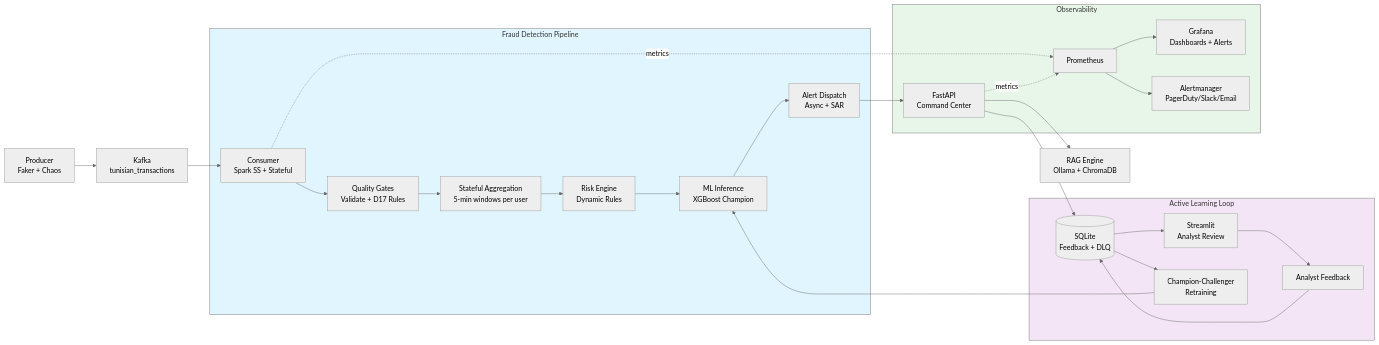
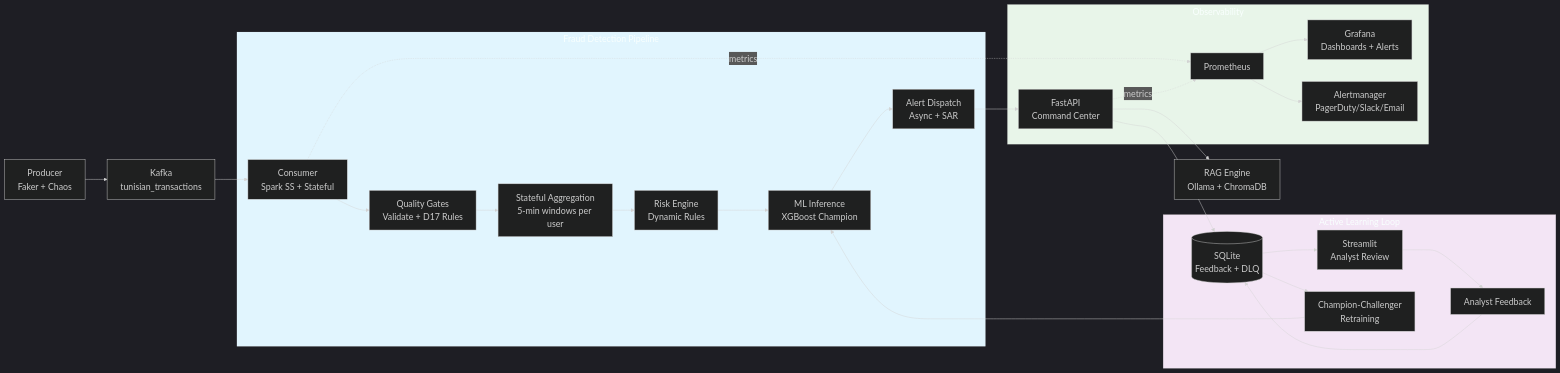
The first of 4 diagrams in README.md (ReguiguiMohamed/hybrid-real-time-fraud-detection-tunisia), drawn with Mermaid before and after one commit. The commit also changed other lines of this file, not shown here.

Commit message:
Change diagram

````diff
--- a/README.md
+++ b/README.md
@@ -11,37 +11,37 @@
 ```mermaid
-%%{init: {'theme': 'neutral', 'themeVariables': { 'fontSize': '16px'}}}%%
+%%{init: {'theme': 'dark', 'themeVariables': { 'fontSize': '20px'}}}%%
 flowchart LR
     Prod[Producer\nFaker + Chaos] --> Kafka[Kafka\ntunisian_transactions]
     Kafka --> CG[Consumer\nSpark SS + Stateful]
 
     subgraph Pipeline["Fraud Detection Pipeline"]
         CG --> QG[Quality Gates\nValidate + D17 Rules]
         QG --> SA[Stateful Aggregation\n5-min windows per user]
         SA --> RS[Risk Engine\nDynamic Rules]
         RS --> ML[ML Inference\nXGBoost Champion]
         ML --> AP[Alert Dispatch\nAsync + SAR]
     end
 
     AP --> API[FastAPI\nCommand Center]
     API --> DB[(SQLite\nFeedback + DLQ)]
     API --> RAG[RAG Engine\nOllama + ChromaDB]
 
     subgraph Loop["Active Learning Loop"]
         DB --> Dash[Streamlit\nAnalyst Review]
         Dash --> FB[Analyst Feedback]
         FB --> DB
         DB --> Retrain[Champion-Challenger\nRetraining]
         Retrain --> ML
     end
 
     subgraph Monitor["Observability"]
         CG -. metrics .-> Prom[Prometheus]
         API -. metrics .-> Prom
         Prom --> Grafana[Grafana\nDashboards + Alerts]
         Prom --> AM[Alertmanager\nPagerDuty/Slack/Email]
     end
 
     style Pipeline fill:#e1f5fe
     style Loop fill:#f3e5f5
     style Monitor fill:#e8f5e9
 ```
````
